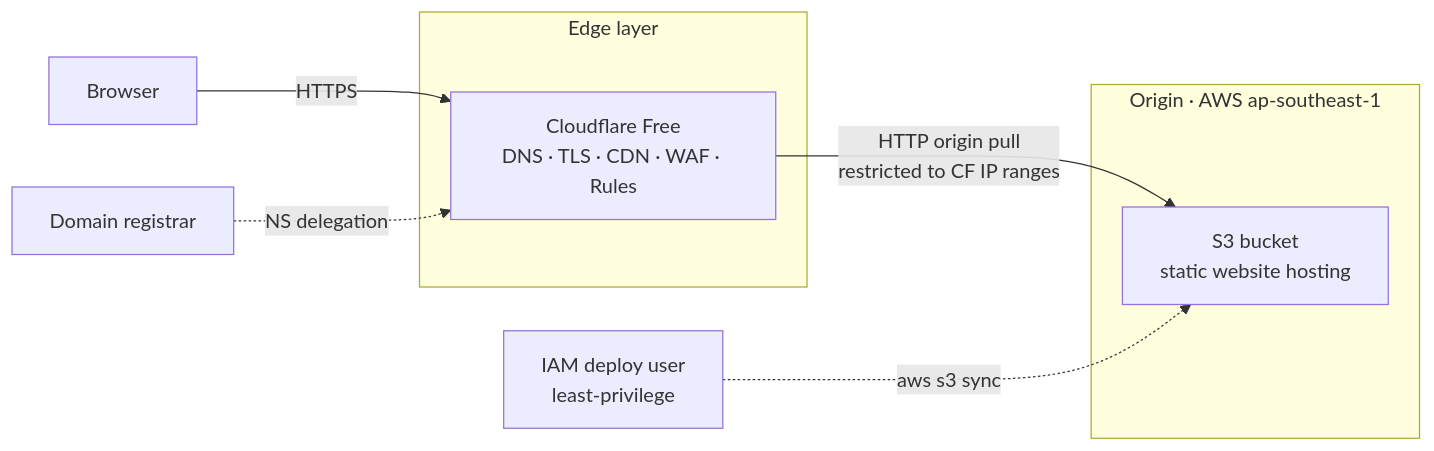
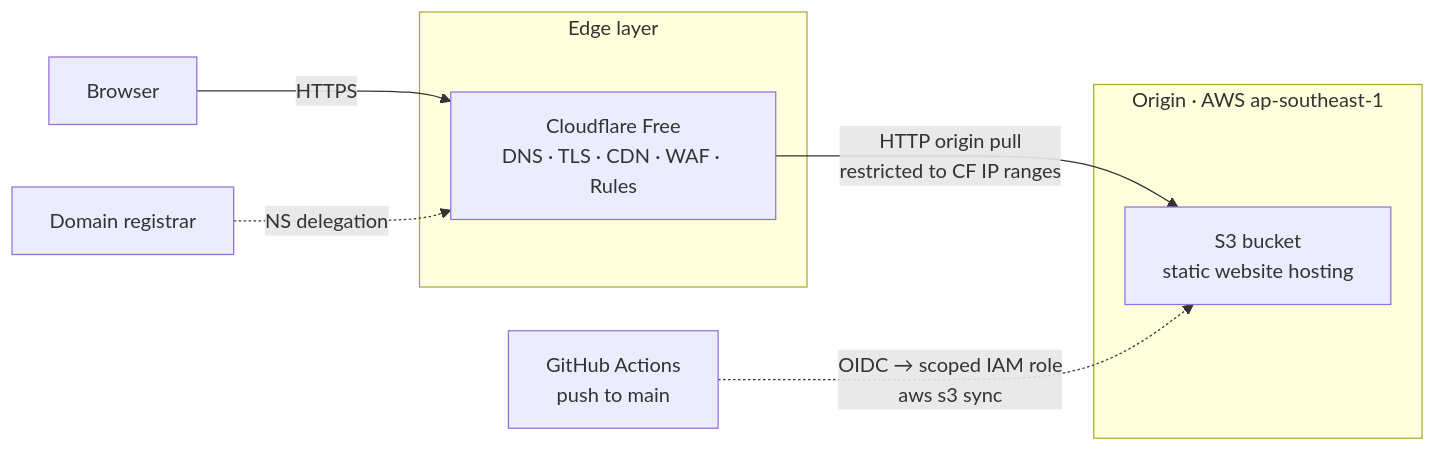
One commit to farulivan/norven changed the first of 4 diagrams in docs/deployment.md. Above: the diagram before and after it, drawn with Mermaid. The commit also changed other lines of this file, not shown here.

````diff
--- a/docs/deployment.md
+++ b/docs/deployment.md
@@ -26,22 +26,22 @@
 ```mermaid
 graph LR
     B[Browser]
 
     B -->|HTTPS| CF
 
     subgraph EDGE[Edge layer]
       CF[Cloudflare Free<br/>DNS · TLS · CDN · WAF · Rules]
     end
 
     subgraph ORIGIN[Origin · AWS ap-southeast-1]
       S3[S3 bucket<br/>static website hosting]
     end
 
     CF -->|HTTP origin pull<br/>restricted to CF IP ranges| S3
 
-    Deploy[IAM deploy user<br/>least-privilege]
-    Deploy -.->|aws s3 sync| S3
+    GH[GitHub Actions<br/>push to main]
+    GH -.->|OIDC → scoped IAM role<br/>aws s3 sync| S3
 
     Reg[Domain registrar]
     Reg -.->|NS delegation| CF
 ```
````
